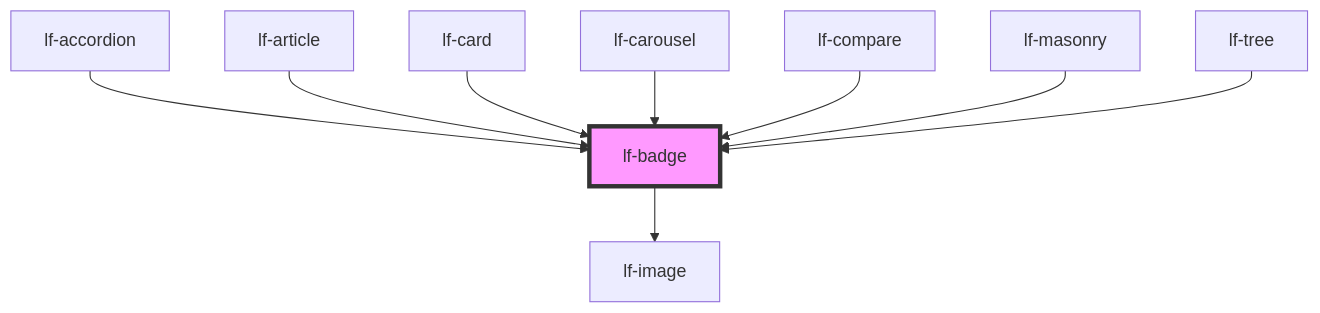
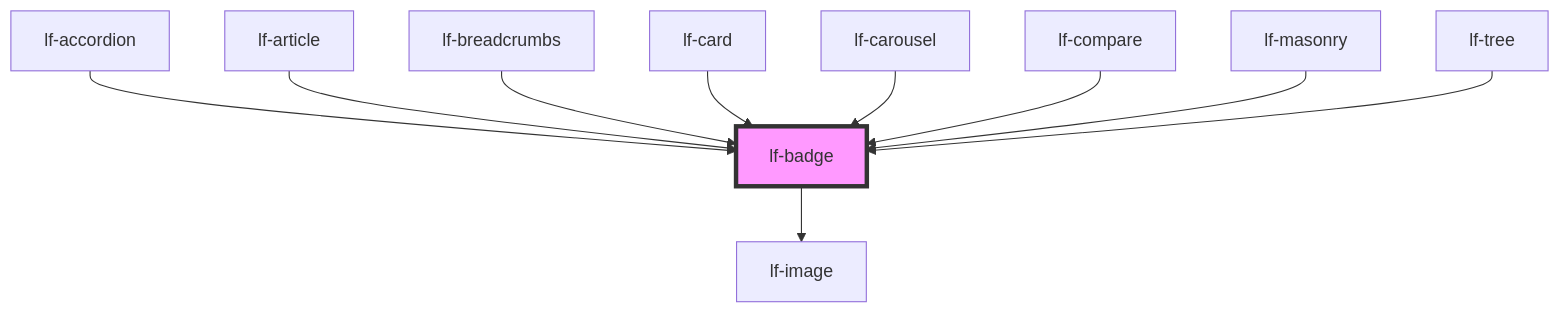
The diagram in packages/core/src/components/lf-badge/readme.md (lucafoscili/lf-widgets), drawn with Mermaid before and after one commit. The commit also changed other lines of this file and 17 other files, not shown here.

````diff
--- a/packages/core/src/components/lf-badge/readme.md
+++ b/packages/core/src/components/lf-badge/readme.md
@@ -115,12 +116,13 @@
 ```mermaid
 graph TD;
   lf-badge --> lf-image
   lf-accordion --> lf-badge
   lf-article --> lf-badge
+  lf-breadcrumbs --> lf-badge
   lf-card --> lf-badge
   lf-carousel --> lf-badge
   lf-compare --> lf-badge
   lf-masonry --> lf-badge
   lf-tree --> lf-badge
   style lf-badge fill:#f9f,stroke:#333,stroke-width:4px
 ```
````
